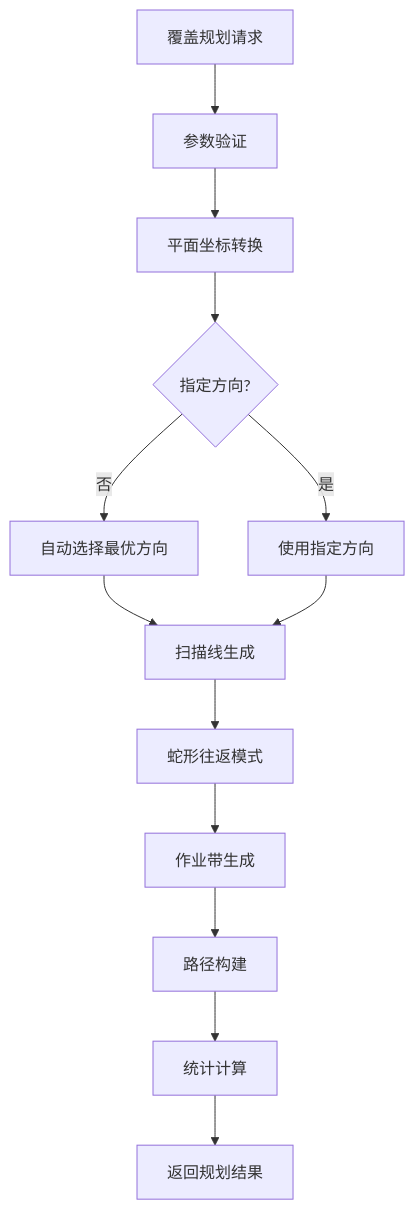
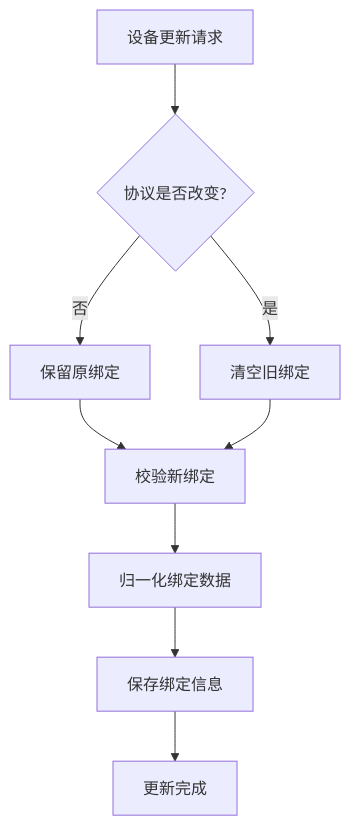
The eighth of 19 diagrams in .qoder/repowiki/zh/content/前端应用文档/API集成.md (q446328246/agri-platform), drawn with Mermaid before and after one commit. The commit also changed other lines of this file and 25 other files, not shown here.

````diff
--- a/.qoder/repowiki/zh/content/前端应用文档/API集成.md
+++ b/.qoder/repowiki/zh/content/前端应用文档/API集成.md
@@ -361,15 +354,11 @@
 ```mermaid
 flowchart TD
-CoverageRequest["覆盖规划请求"] --> Validate["参数验证"]
-Validate --> PlaneCalc["平面坐标转换"]
-PlaneCalc --> DirectionCheck{"指定方向?"}
-DirectionCheck --> |否| AutoSelect["自动选择最优方向"]
-DirectionCheck --> |是| UseSpecified["使用指定方向"]
-AutoSelect --> ScanLines["扫描线生成"]
-UseSpecified --> ScanLines
-ScanLines --> SnakePattern["蛇形往返模式"]
-SnakePattern --> LaneGeneration["作业带生成"]
-LaneGeneration --> PathConstruction["路径构建"]
-PathConstruction --> Statistics["统计计算"]
-Statistics --> Result["返回规划结果"]
+UpdateDevice["设备更新请求"] --> CheckProtocol{"协议是否改变?"}
+CheckProtocol --> |否| KeepBinding["保留原绑定"]
+CheckProtocol --> |是| ClearBinding["清空旧绑定"]
+KeepBinding --> ValidateBinding["校验新绑定"]
+ClearBinding --> ValidateBinding
+ValidateBinding --> NormalizeBinding["归一化绑定数据"]
+NormalizeBinding --> SaveBinding["保存绑定信息"]
+SaveBinding --> UpdateComplete["更新完成"]
 ```
````
